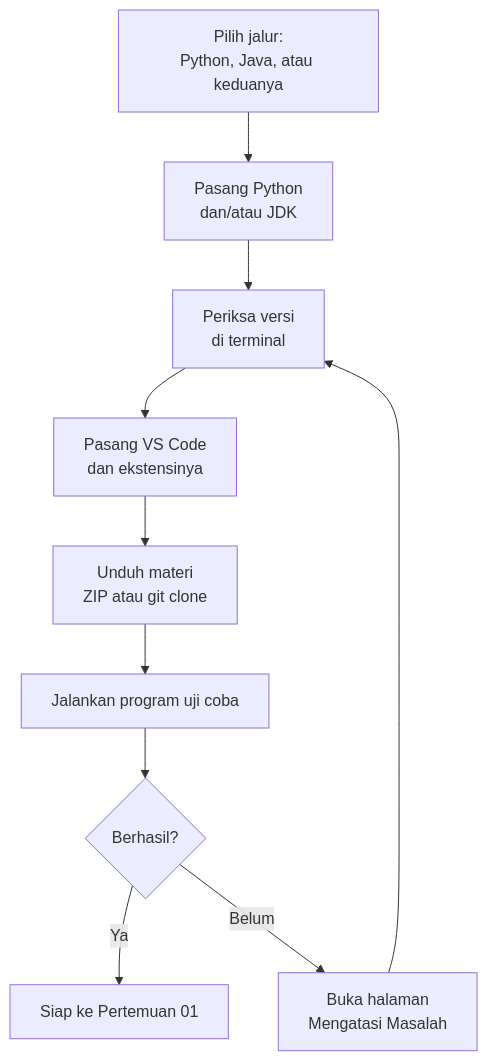
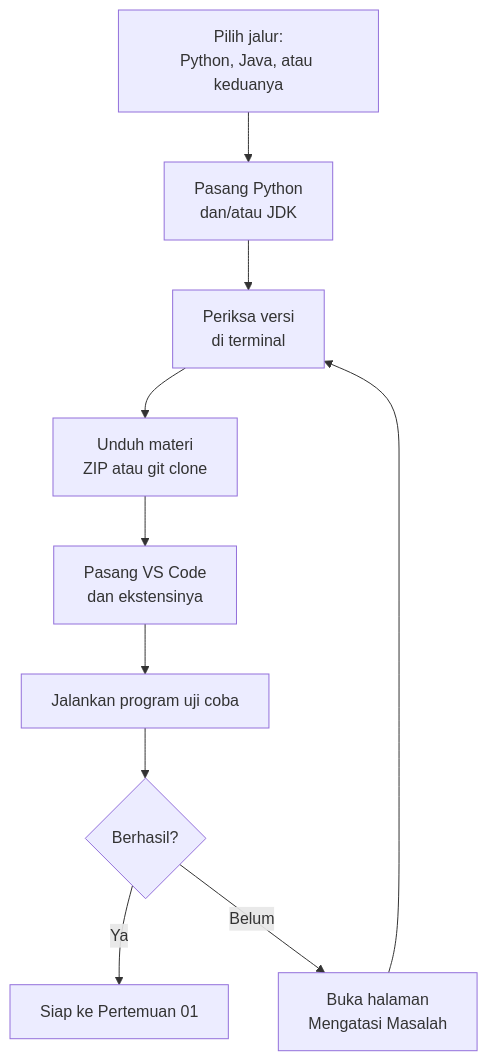
One commit to antonprafanto/PBO2026 changed the diagram in 00-Persiapan/README.md. Above: the diagram before and after it, drawn with Mermaid. The commit also changed other lines of this file and 291 other files, not shown here.

````diff
--- a/00-Persiapan/README.md
+++ b/00-Persiapan/README.md
@@ -57,12 +57,12 @@
 ```mermaid
 flowchart TD
     A["Pilih jalur:<br/>Python, Java, atau keduanya"] --> B["Pasang Python<br/>dan/atau JDK"]
     B --> C["Periksa versi<br/>di terminal"]
-    C --> D["Pasang VS Code<br/>dan ekstensinya"]
-    D --> E["Unduh materi<br/>ZIP atau git clone"]
+    C --> D["Unduh materi<br/>ZIP atau git clone"]
+    D --> E["Pasang VS Code<br/>dan ekstensinya"]
     E --> F["Jalankan program uji coba"]
     F --> G{"Berhasil?"}
     G -->|Ya| H["Siap ke Pertemuan 01"]
     G -->|Belum| I["Buka halaman<br/>Mengatasi Masalah"]
     I --> C
 ```
````
